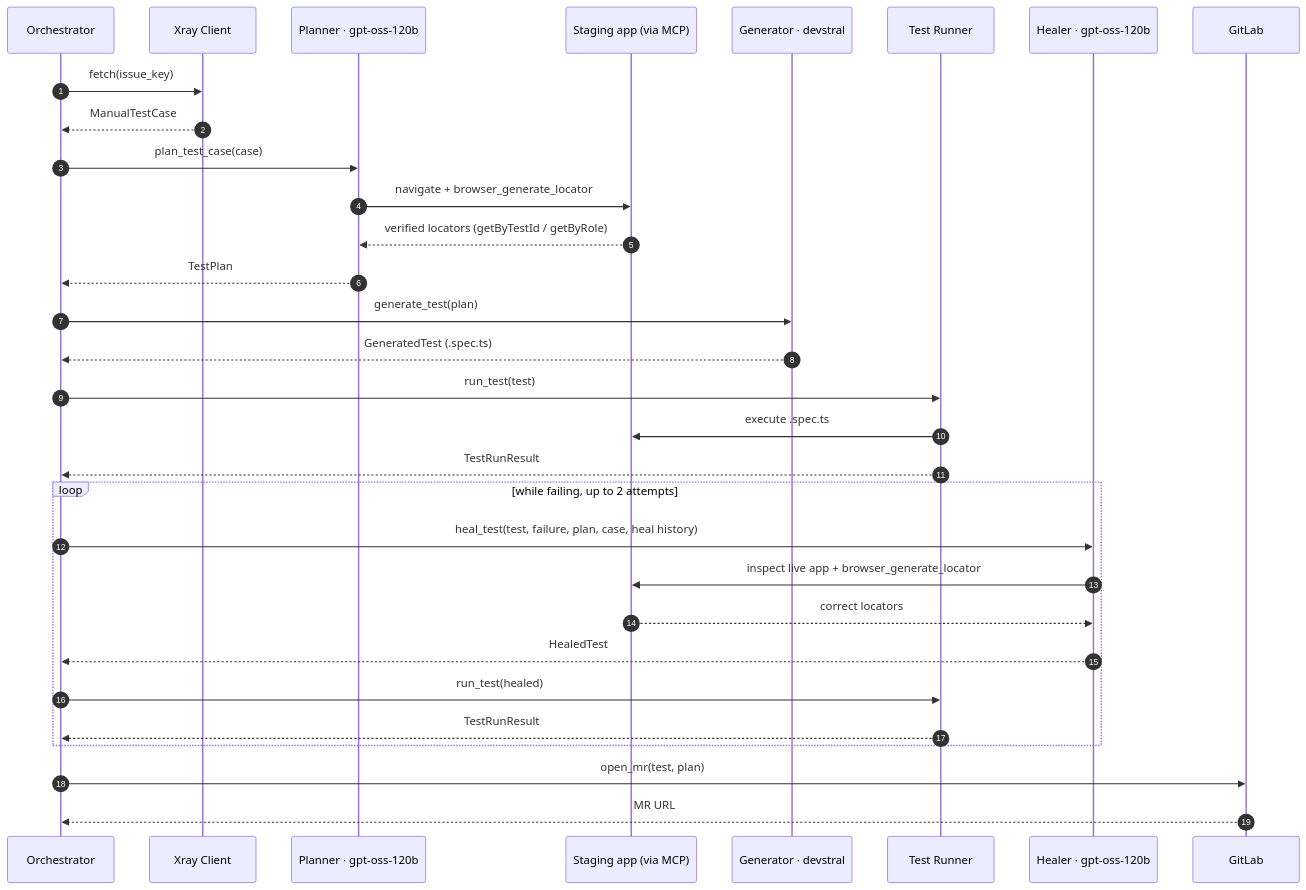
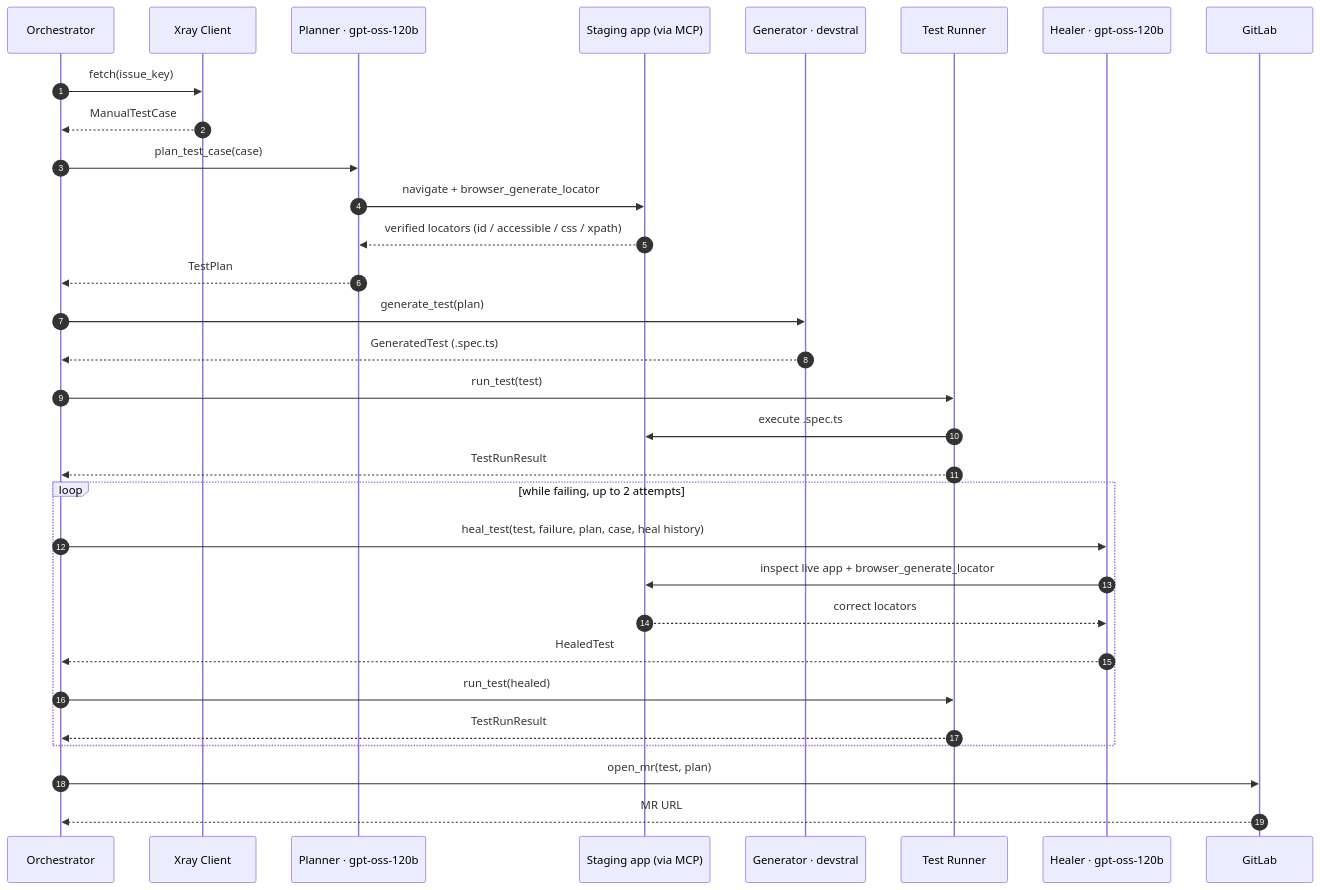
The second of 3 diagrams in docs/WORKFLOW.md (jpucic00/agentic-test-automation), drawn with Mermaid before and after one commit. The commit also changed other lines of this file and 23 other files, not shown here.

````diff
--- a/docs/WORKFLOW.md
+++ b/docs/WORKFLOW.md
@@ -38,36 +38,36 @@
 ```mermaid
 sequenceDiagram
     autonumber
     participant O as Orchestrator
     participant X as Xray Client
     participant P as Planner · gpt-oss-120b
     participant B as Staging app (via MCP)
     participant G as Generator · devstral
     participant R as Test Runner
     participant H as Healer · gpt-oss-120b
     participant L as GitLab
 
     O->>X: fetch(issue_key)
     X-->>O: ManualTestCase
     O->>P: plan_test_case(case)
     P->>B: navigate + browser_generate_locator
-    B-->>P: verified locators (getByTestId / getByRole)
+    B-->>P: verified locators (id / accessible / css / xpath)
     P-->>O: TestPlan
     O->>G: generate_test(plan)
     G-->>O: GeneratedTest (.spec.ts)
     O->>R: run_test(test)
     R->>B: execute .spec.ts
     R-->>O: TestRunResult
 
     loop while failing, up to 2 attempts
         O->>H: heal_test(test, failure, plan, case, heal history)
         H->>B: inspect live app + browser_generate_locator
         B-->>H: correct locators
         H-->>O: HealedTest
         O->>R: run_test(healed)
         R-->>O: TestRunResult
     end
 
     O->>L: open_mr(test, plan)
     L-->>O: MR URL
 ```
````
